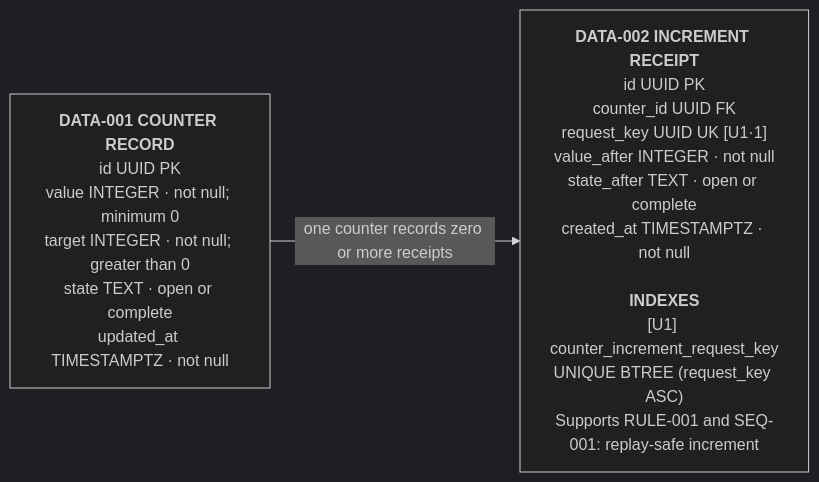
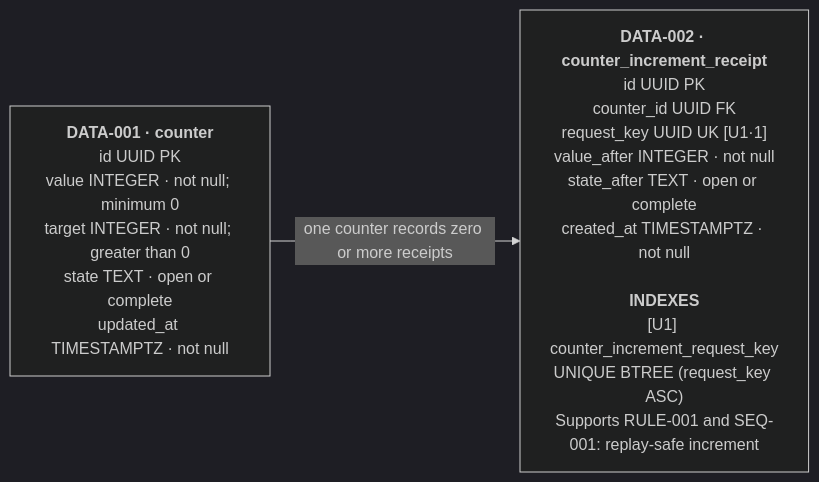
Before and after one commit to swabbie-dev/product-intent-package: the diagram in skills/product-intent-manager/assets/example-product-intent-package/data/data-model.md, drawn with Mermaid (dark theme). The commit also changed other lines of this file and 6 other files, not shown here.

Commit message:
docs: show database access in sequences

````diff
--- a/skills/product-intent-manager/assets/example-product-intent-package/data/data-model.md
+++ b/skills/product-intent-manager/assets/example-product-intent-package/data/data-model.md
@@ -7,6 +10,6 @@
 ```mermaid
 flowchart LR
-  DATA_001["<b>DATA-001 COUNTER RECORD</b><br/>id UUID PK<br/>value INTEGER · not null; minimum 0<br/>target INTEGER · not null; greater than 0<br/>state TEXT · open or complete<br/>updated_at TIMESTAMPTZ · not null"]
-  DATA_002["<b>DATA-002 INCREMENT RECEIPT</b><br/>id UUID PK<br/>counter_id UUID FK<br/>request_key UUID UK [U1·1]<br/>value_after INTEGER · not null<br/>state_after TEXT · open or complete<br/>created_at TIMESTAMPTZ · not null<br/><br/><b>INDEXES</b><br/>[U1] counter_increment_request_key<br/>UNIQUE BTREE (request_key ASC)<br/>Supports RULE-001 and SEQ-001: replay-safe increment"]
+  DATA_001["<b>DATA-001 · counter</b><br/>id UUID PK<br/>value INTEGER · not null; minimum 0<br/>target INTEGER · not null; greater than 0<br/>state TEXT · open or complete<br/>updated_at TIMESTAMPTZ · not null"]
+  DATA_002["<b>DATA-002 · counter_increment_receipt</b><br/>id UUID PK<br/>counter_id UUID FK<br/>request_key UUID UK [U1·1]<br/>value_after INTEGER · not null<br/>state_after TEXT · open or complete<br/>created_at TIMESTAMPTZ · not null<br/><br/><b>INDEXES</b><br/>[U1] counter_increment_request_key<br/>UNIQUE BTREE (request_key ASC)<br/>Supports RULE-001 and SEQ-001: replay-safe increment"]
   DATA_001 -->|"one counter records zero or more receipts"| DATA_002
 ```
````
